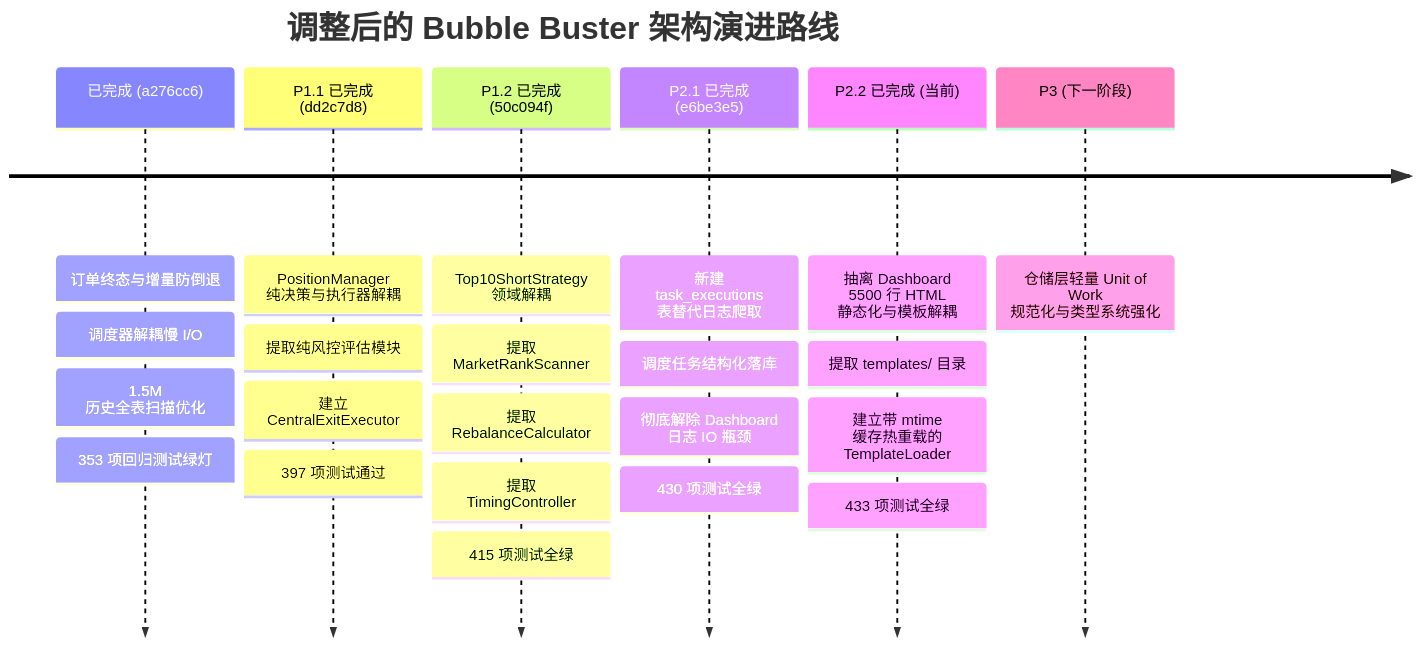
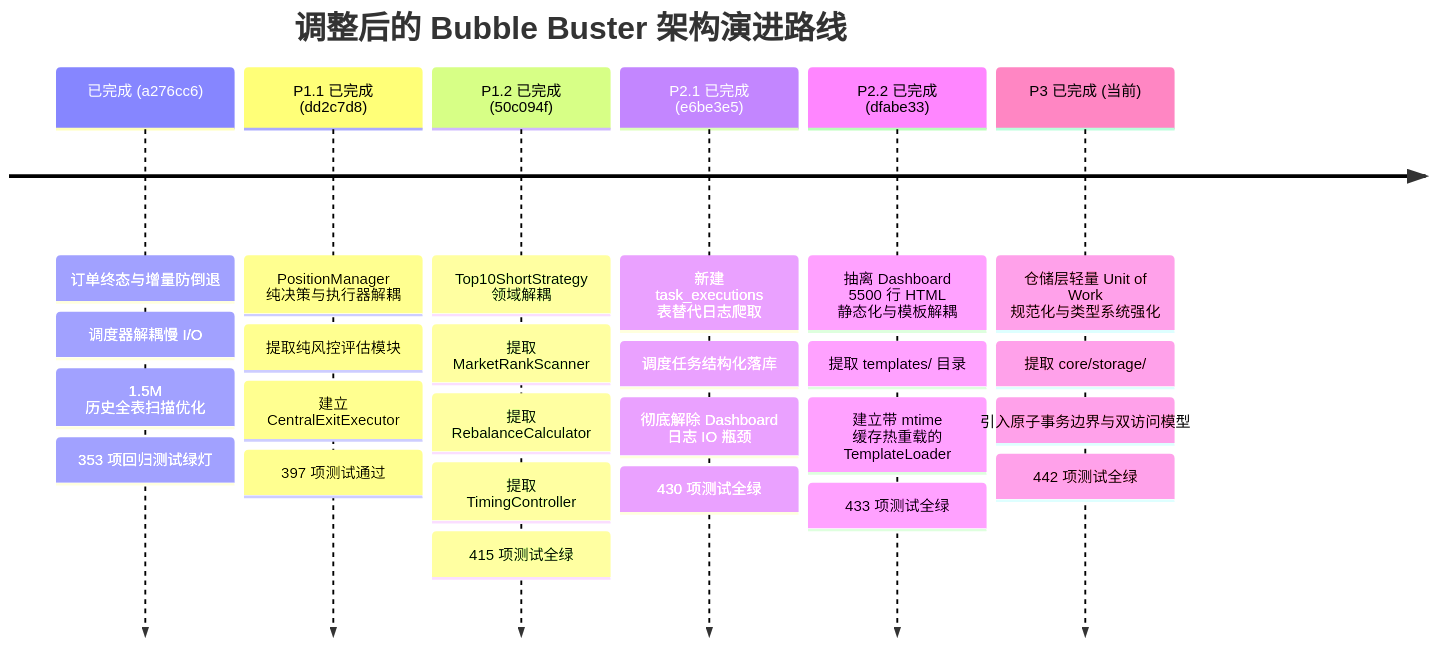
Before and after one commit to miracle-zs/bubble_buster: the third of 4 diagrams in docs/ARCHITECTURE_REVIEW.md, drawn with Mermaid. The commit also changed other lines of this file and 6 other files, not shown here.

First line of the commit message:
feat(storage): implement lightweight Unit of Work and dual-access domain models (Phase P3)

````diff
--- a/docs/ARCHITECTURE_REVIEW.md
+++ b/docs/ARCHITECTURE_REVIEW.md
@@ -183,10 +183,10 @@
 ```mermaid
 timeline
     title 调整后的 Bubble Buster 架构演进路线
     已完成 (a276cc6) : 订单终态与增量防倒退 : 调度器解耦慢 I/O : 1.5M 历史全表扫描优化 : 353 项回归测试绿灯
     P1.1 已完成 (dd2c7d8) : PositionManager 纯决策与执行器解耦 : 提取纯风控评估模块 : 建立 CentralExitExecutor : 397 项测试通过
     P1.2 已完成 (50c094f) : Top10ShortStrategy 领域解耦 : 提取 MarketRankScanner : 提取 RebalanceCalculator : 提取 TimingController : 415 项测试全绿
     P2.1 已完成 (e6be3e5) : 新建 task_executions 表替代日志爬取 : 调度任务结构化落库 : 彻底解除 Dashboard 日志 IO 瓶颈 : 430 项测试全绿
-    P2.2 已完成 (当前) : 抽离 Dashboard 5500 行 HTML 静态化与模板解耦 : 提取 templates/ 目录 : 建立带 mtime 缓存热重载的 TemplateLoader : 433 项测试全绿
-    P3 (下一阶段) : 仓储层轻量 Unit of Work 规范化与类型系统强化
+    P2.2 已完成 (dfabe33) : 抽离 Dashboard 5500 行 HTML 静态化与模板解耦 : 提取 templates/ 目录 : 建立带 mtime 缓存热重载的 TemplateLoader : 433 项测试全绿
+    P3 已完成 (当前) : 仓储层轻量 Unit of Work 规范化与类型系统强化 : 提取 core/storage/ : 引入原子事务边界与双访问模型 : 442 项测试全绿
 ```
````
